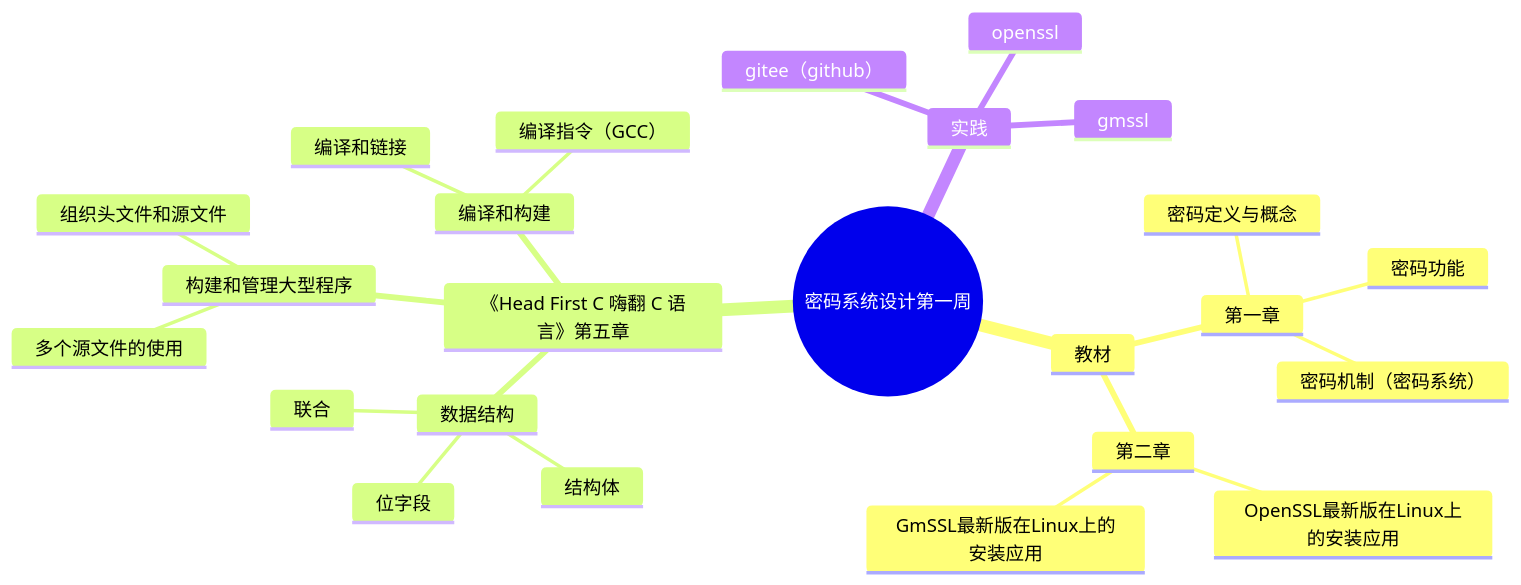
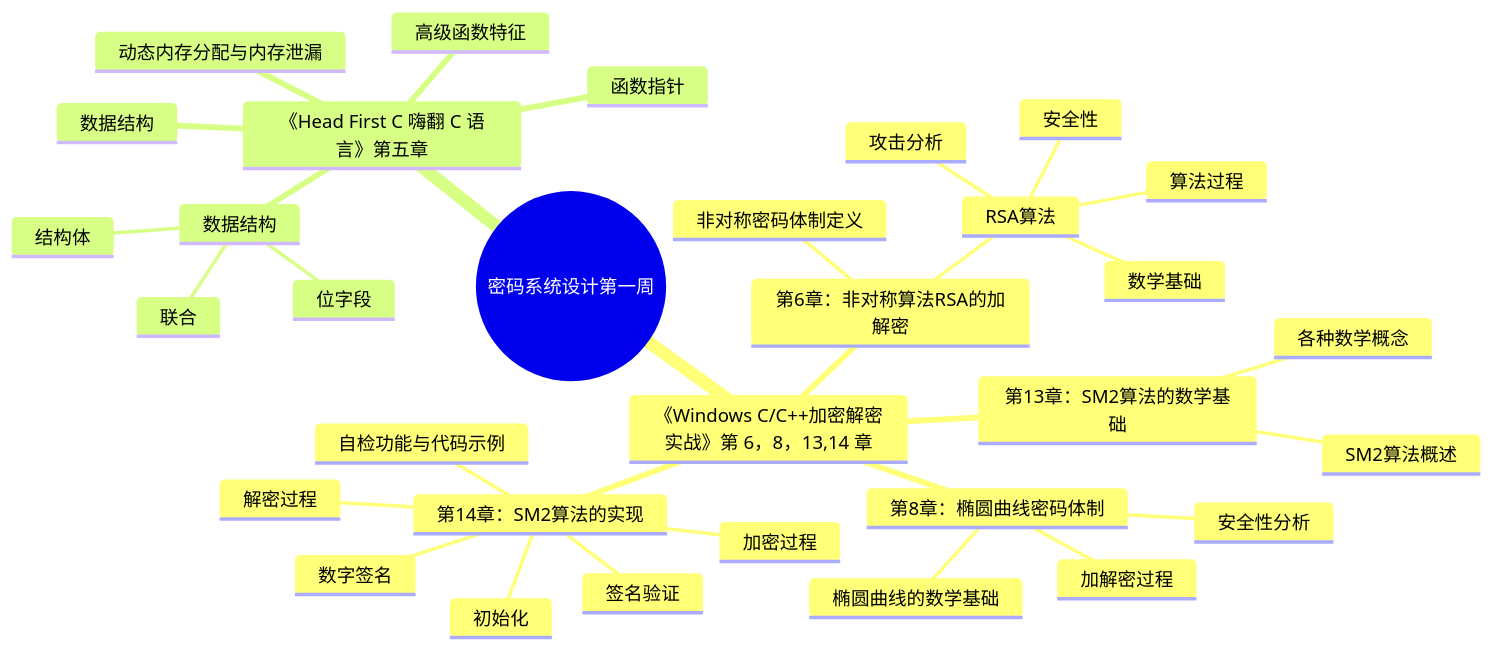
The diagram in 预习作业/第四周预习作业/20221414徐鹿鸣《密码系统设计》第四周.md (youer0219/Information-Security-System-Design-Assignment), drawn with Mermaid before and after one commit. The commit also changed other lines of this file and 3 other files, not shown here.

````diff
--- a/预习作业/第四周预习作业/20221414徐鹿鸣《密码系统设计》第四周.md
+++ b/预习作业/第四周预习作业/20221414徐鹿鸣《密码系统设计》第四周.md
@@ -116,27 +204,35 @@
 ```mermaid
 mindmap
   root((密码系统设计第一周))
-    教材
-        第一章
-            密码定义与概念
-            密码功能
-            密码机制（密码系统）
-        第二章
-            OpenSSL最新版在Linux上的安装应用
-            GmSSL最新版在Linux上的安装应用
+    《Windows C/C++加密解密实战》第 6，8，13,14 章
+        第6章：非对称算法RSA的加解密
+            非对称密码体制定义
+            RSA算法
+              数学基础
+              安全性
+              算法过程
+              攻击分析
+        第8章：椭圆曲线密码体制
+          椭圆曲线的数学基础
+          加解密过程
+          安全性分析
+        第13章：SM2算法的数学基础
+          SM2算法概述
+          各种数学概念
+        第14章：SM2算法的实现
+            初始化
+            加密过程
+            解密过程
+            数字签名
+            签名验证
+            自检功能与代码示例
     《Head First C 嗨翻 C 语言》第五章
         数据结构
           结构体
           联合
           位字段
-        构建和管理大型程序
-          多个源文件的使用
-          组织头文件和源文件
-        编译和构建
-          编译和链接
-          编译指令（GCC）
-    实践
-        gitee（github）
-        openssl
-        gmssl
+        动态内存分配与内存泄漏
+        数据结构
+        函数指针
+        高级函数特征
 ```
````
